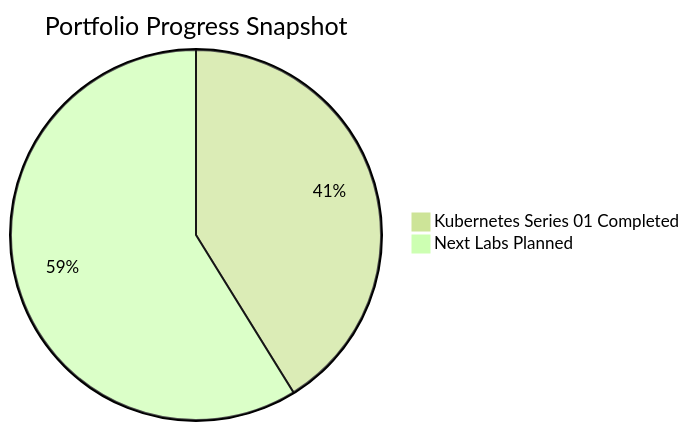
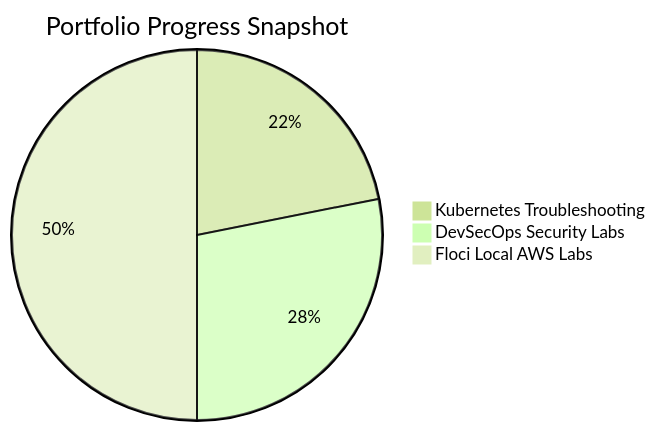
One commit to lingarajayli/devsecops-platform changed the seventh of 9 diagrams in README.md. Above: the diagram before and after it, drawn with Mermaid (forest theme). The commit also changed other lines of this file, not shown here.

````diff
--- a/README.md
+++ b/README.md
@@ -469,5 +467,6 @@
 ```mermaid
 pie title Portfolio Progress Snapshot
-    "Kubernetes Series 01 Completed" : 7
-    "Next Labs Planned" : 10
+    "Kubernetes Troubleshooting" : 7
+    "DevSecOps Security Labs" : 9
+    "Floci Local AWS Labs" : 16
 ```
````
